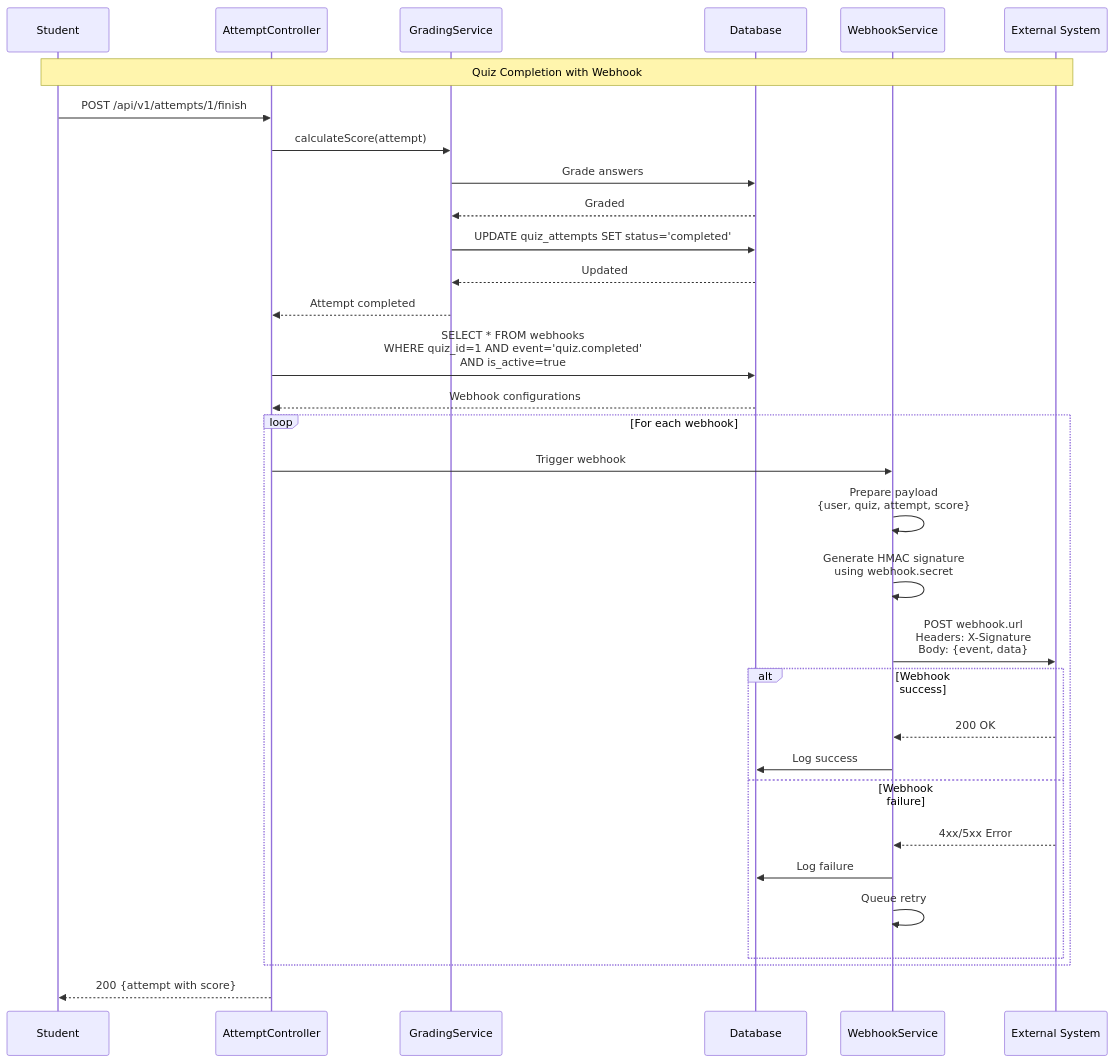
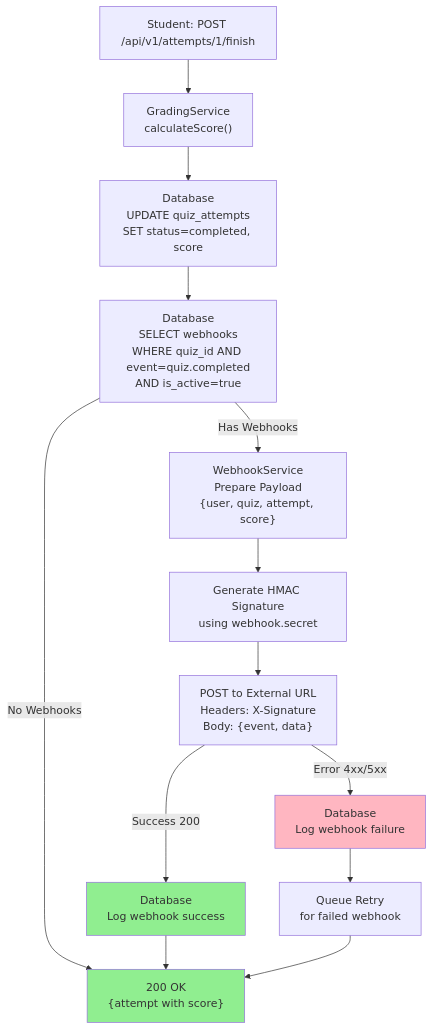
One commit to EIRSVi/prop-iq changed the eighth of 11 diagrams in README.md. Above: the diagram before and after it, drawn with Mermaid. The commit also changed other lines of this file, not shown here.

Commit message:
docs: Replace sequence diagrams with graph diagrams for authentication, quiz creation, and quiz taking flows.

````diff
--- a/README.md
+++ b/README.md
@@ -1280,39 +1146,23 @@
 ```mermaid
-sequenceDiagram
-    participant Student
-    participant AttemptController
-    participant GradingService
-    participant Database
-    participant WebhookService
-    participant External System
+graph TB
+    Start["Student: POST /api/v1/attempts/1/finish"] --> Grade["GradingService<br/>calculateScore()"]
+    Grade --> UpdateDB["Database<br/>UPDATE quiz_attempts<br/>SET status=completed, score"]
+    UpdateDB --> LoadWebhooks["Database<br/>SELECT webhooks<br/>WHERE quiz_id AND event=quiz.completed<br/>AND is_active=true"]
     
-    Note over Student,External System: Quiz Completion with Webhook
-    Student->>AttemptController: POST /api/v1/attempts/1/finish
-    AttemptController->>GradingService: calculateScore(attempt)
-    GradingService->>Database: Grade answers
-    Database-->>GradingService: Graded
-    GradingService->>Database: UPDATE quiz_attempts SET status='completed'
-    Database-->>GradingService: Updated
-    GradingService-->>AttemptController: Attempt completed
+    LoadWebhooks -->|No Webhooks| Response["200 OK<br/>{attempt with score}"]
+    LoadWebhooks -->|Has Webhooks| PreparePayload["WebhookService<br/>Prepare Payload<br/>{user, quiz, attempt, score}"]
     
-    AttemptController->>Database: SELECT * FROM webhooks<br/>WHERE quiz_id=1 AND event='quiz.completed'<br/>AND is_active=true
-    Database-->>AttemptController: Webhook configurations
+    PreparePayload --> GenSignature["Generate HMAC Signature<br/>using webhook.secret"]
+    GenSignature --> SendWebhook["POST to External URL<br/>Headers: X-Signature<br/>Body: {event, data}"]
     
-    loop For each webhook
-        AttemptController->>WebhookService: Trigger webhook
-        WebhookService->>WebhookService: Prepare payload<br/>{user, quiz, attempt, score}
-        WebhookService->>WebhookService: Generate HMAC signature<br/>using webhook.secret
-        WebhookService->>External System: POST webhook.url<br/>Headers: X-Signature<br/>Body: {event, data}
-        
-        alt Webhook success
-            External System-->>WebhookService: 200 OK
-            WebhookService->>Database: Log success
-        else Webhook failure
-            External System-->>WebhookService: 4xx/5xx Error
-            WebhookService->>Database: Log failure
-            WebhookService->>WebhookService: Queue retry
-        end
-    end
+    SendWebhook -->|Success 200| LogSuccess["Database<br/>Log webhook success"]
+    SendWebhook -->|Error 4xx/5xx| LogFailure["Database<br/>Log webhook failure"]
+    LogFailure --> QueueRetry["Queue Retry<br/>for failed webhook"]
     
-    AttemptController-->>Student: 200 {attempt with score}
+    LogSuccess --> Response
+    QueueRetry --> Response
+    
+    style Response fill:#90EE90
+    style LogSuccess fill:#90EE90
+    style LogFailure fill:#FFB6C1
 ```
````
